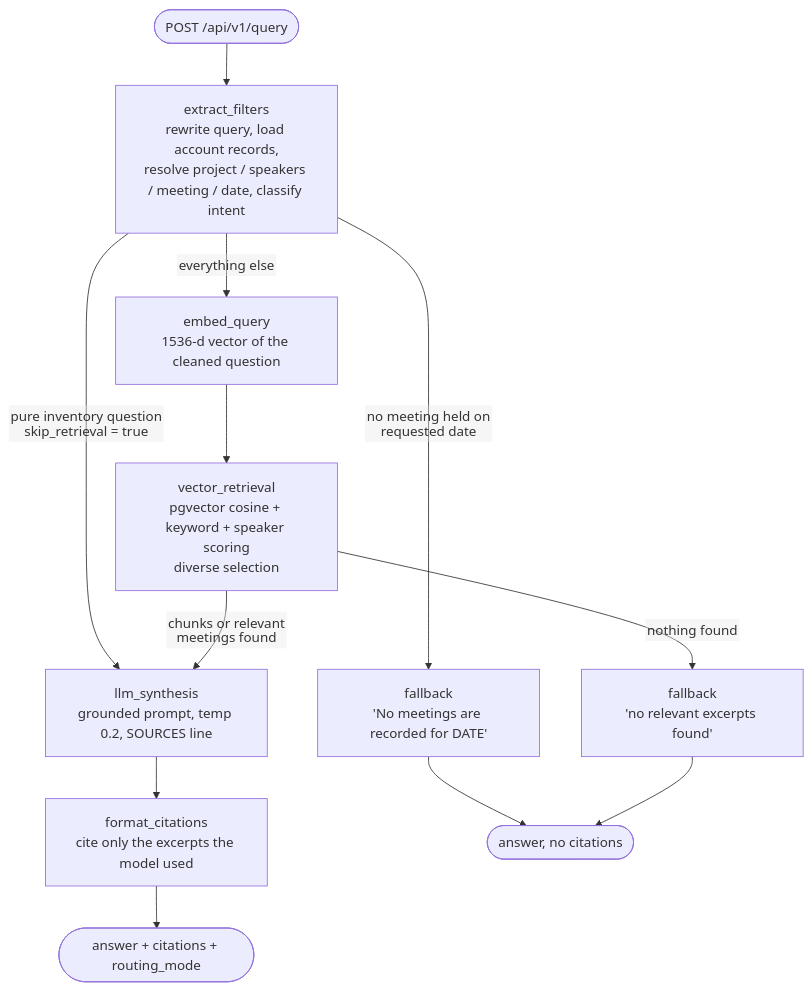
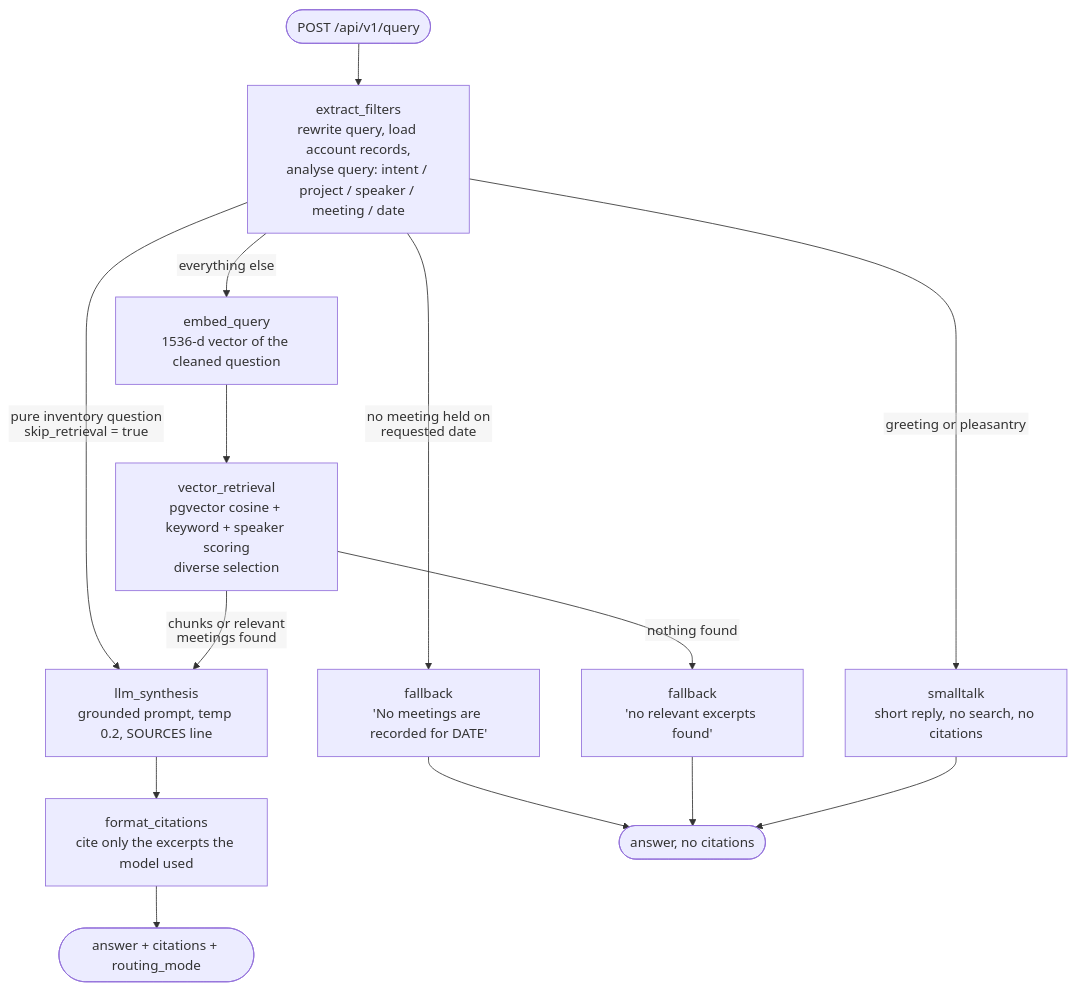
One commit to akshit-mahajan26/Meeting-Transcription changed the third of 6 diagrams in docs/architecture_notion.md. Above: the diagram before and after it, drawn with Mermaid. The commit also changed other lines of this file and 2 other files, not shown here.

````diff
--- a/docs/architecture_notion.md
+++ b/docs/architecture_notion.md
@@ -154,15 +156,17 @@
 ```mermaid
 %%{init: {"flowchart": {"htmlLabels": false, "padding": 16}}}%%
 flowchart TD
-    START(["POST /api/v1/query"]) --> EF["extract_filters<br/>rewrite query, load account records,<br/>resolve project / speakers / meeting / date, classify intent"]
+    START(["POST /api/v1/query"]) --> EF["extract_filters<br/>rewrite query, load account records,<br/>analyse query: intent / project / speaker / meeting / date"]
+    EF -- "greeting or pleasantry" --> SM["smalltalk<br/>short reply, no search, no citations"]
     EF -- "no meeting held on requested date" --> FB["fallback<br/>'No meetings are recorded for DATE'"]
     EF -- "pure inventory question<br/>skip_retrieval = true" --> LS
     EF -- "everything else" --> EQ["embed_query<br/>1536-d vector of the cleaned question"]
     EQ --> VR["vector_retrieval<br/>pgvector cosine + keyword + speaker scoring<br/>diverse selection"]
     VR -- "chunks or relevant meetings found" --> LS["llm_synthesis<br/>grounded prompt, temp 0.2, SOURCES line"]
     VR -- "nothing found" --> FB2["fallback<br/>'no relevant excerpts found'"]
     LS --> FC["format_citations<br/>cite only the excerpts the model used"]
     FC --> END1(["answer + citations + routing_mode"])
     FB --> END2(["answer, no citations"])
     FB2 --> END2
+    SM --> END2
 ```
````
